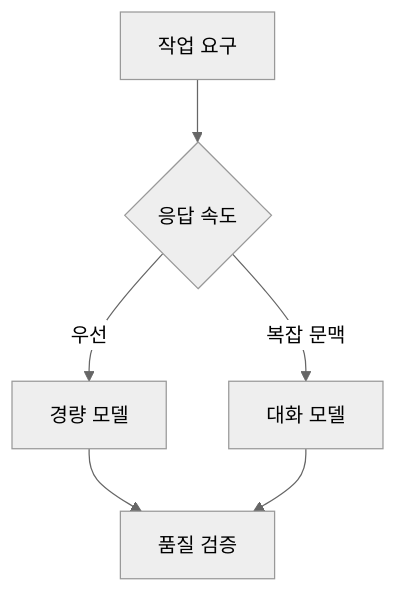
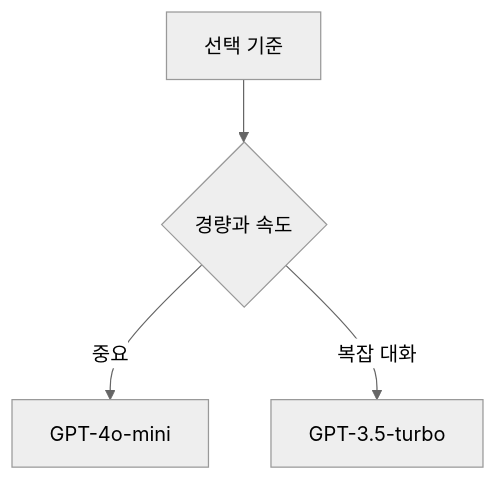
The first of 2 diagrams in ComputerScience/03_ai-ml-data/large-language-models/notes/40. ChatGPT 모델 선택과 활용 한계.md (umyunsang/edu), drawn with Mermaid (neutral theme) before and after one commit. The commit also changed other lines of this file, not shown here.

Commit message:
Auto-save: Updated ComputerScience/03_ai-ml-data/large-language-models/notes/40. ChatGPT 모델 선택과 활용 한계.md

````diff
--- a/ComputerScience/03_ai-ml-data/large-language-models/notes/40. ChatGPT 모델 선택과 활용 한계.md
+++ b/ComputerScience/03_ai-ml-data/large-language-models/notes/40. ChatGPT 모델 선택과 활용 한계.md
@@ -45,8 +44,6 @@
 ```mermaid
 flowchart TB
-    A[작업 요구] --> B{응답 속도}
-    B -->|우선| C[경량 모델]
-    B -->|복잡 문맥| D[대화 모델]
-    C --> E[품질 검증]
-    D --> E
+    A[선택 기준] --> B{경량과 속도}
+    B -->|중요| C[GPT-4o-mini]
+    B -->|복잡 대화| D[GPT-3.5-turbo]
 ```
````
